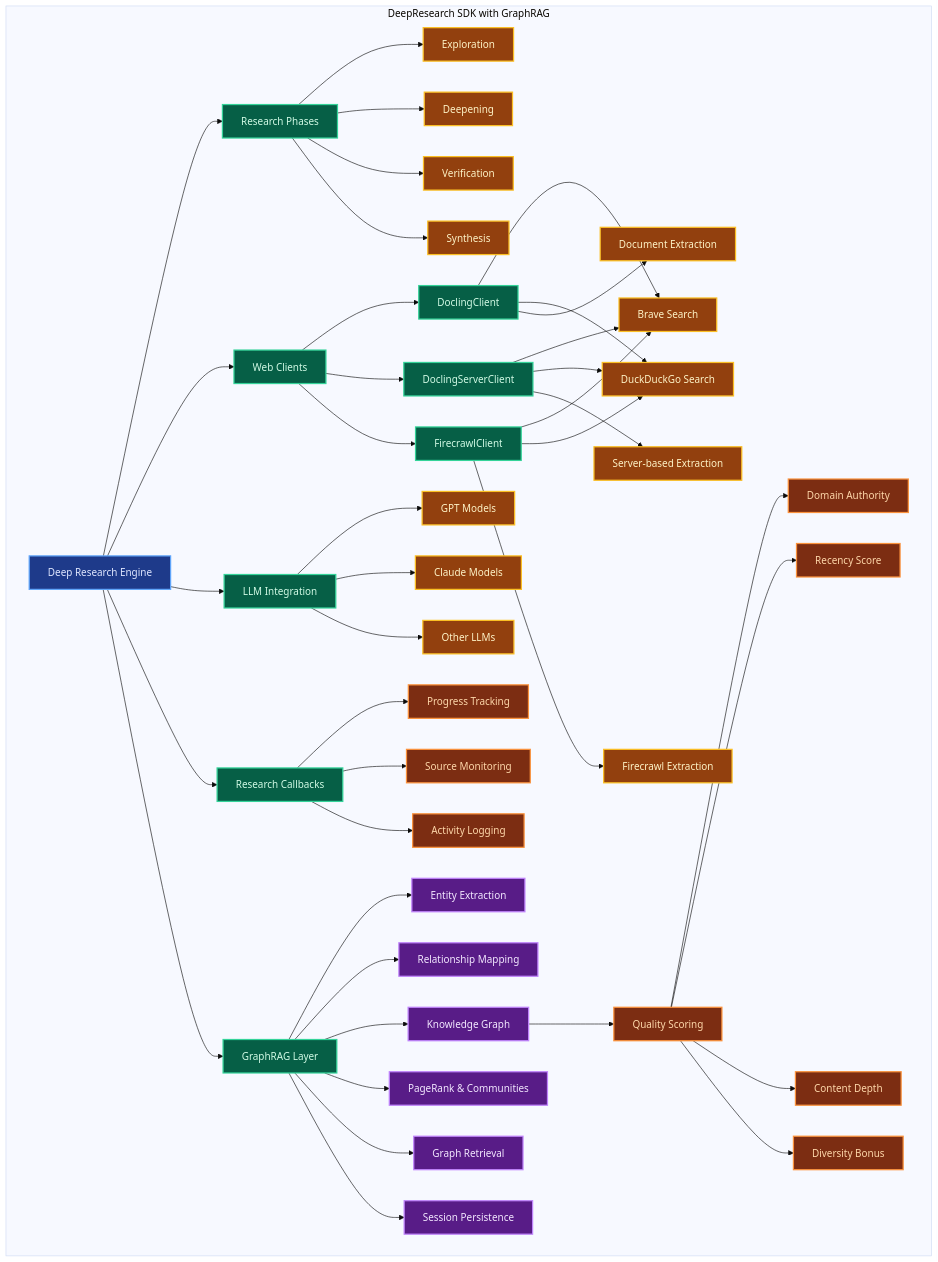
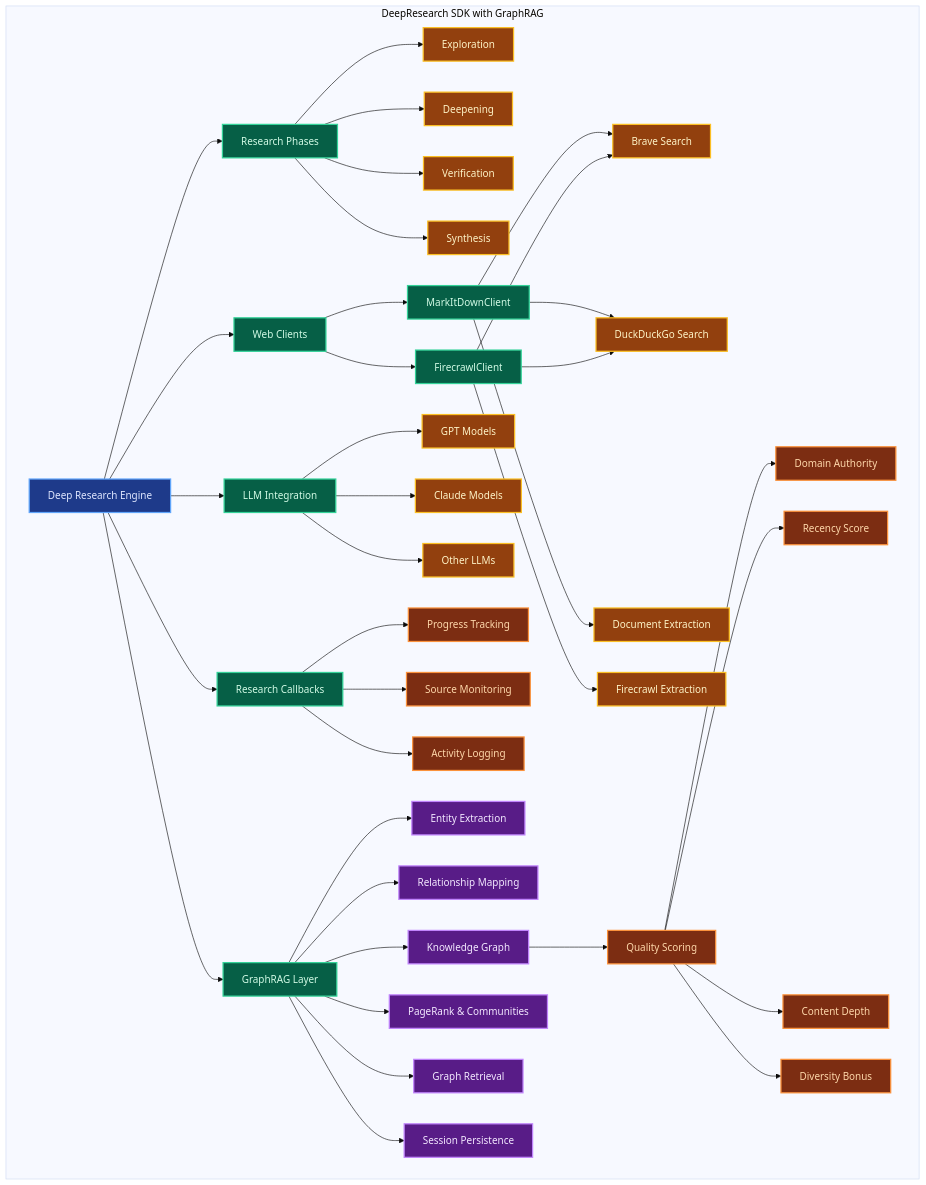
Before and after one commit to Rishang/deep-research: the first of 2 diagrams in README.md, drawn with Mermaid (base theme). The commit also changed other lines of this file and 45 other files, not shown here.

````diff
--- a/README.md
+++ b/README.md
@@ -37,67 +37,62 @@
 ```mermaid
 graph TD
     subgraph "DeepResearch SDK with GraphRAG"
         A[Deep Research Engine] --> RP[Research Phases]
         A --> W[Web Clients]
         A --> C[LLM Integration]
         A --> D[Research Callbacks]
         A --> KG[GraphRAG Layer]
 
         RP --> RP1[Exploration]
         RP --> RP2[Deepening]
         RP --> RP3[Verification]
         RP --> RP4[Synthesis]
 
-        W --> B1[DoclingClient]
-        W --> B2[DoclingServerClient]
-        W --> B3[FirecrawlClient]
+        W --> B1[MarkItDownClient]
+        W --> B2[FirecrawlClient]
 
         B1 --> E[Brave Search]
         B1 --> F[DuckDuckGo Search]
         B1 --> G[Document Extraction]
 
         B2 --> E
         B2 --> F
-        B2 --> G2[Server-based Extraction]
-
-        B3 --> E
-        B3 --> F
-        B3 --> G3[Firecrawl Extraction]
+        B2 --> G2[Firecrawl Extraction]
 
         C --> H[GPT Models]
         C --> I[Claude Models]
         C --> J[Other LLMs]
 
         D --> K[Progress Tracking]
         D --> L[Source Monitoring]
         D --> M[Activity Logging]
 
         KG --> KG1[Entity Extraction]
         KG --> KG2[Relationship Mapping]
         KG --> KG3[Knowledge Graph]
         KG --> KG4[PageRank & Communities]
         KG --> KG5[Graph Retrieval]
         KG --> KG6[Session Persistence]
 
         KG3 --> QS[Quality Scoring]
         QS --> QS1[Domain Authority]
         QS --> QS2[Recency Score]
         QS --> QS3[Content Depth]
         QS --> QS4[Diversity Bonus]
     end
 
     classDef primary fill:#1e3a8a,stroke:#60a5fa,stroke-width:2px,color:#e0e7ff
     classDef secondary fill:#065f46,stroke:#34d399,stroke-width:2px,color:#d1fae5
     classDef tertiary fill:#92400e,stroke:#fbbf24,stroke-width:2px,color:#fef3c7
     classDef quaternary fill:#7c2d12,stroke:#fb923c,stroke-width:2px,color:#fed7aa
     classDef graphrag fill:#581c87,stroke:#c084fc,stroke-width:2px,color:#f3e8ff
 
     class A primary
     class RP,W,C,D,KG secondary
     class RP1,RP2,RP3,RP4 tertiary
-    class B1,B2,B3 secondary
-    class E,F,G,G2,G3,H,I,J tertiary
+    class B1,B2 secondary
+    class E,F,G,G2,H,I,J tertiary
     class K,L,M quaternary
     class KG1,KG2,KG3,KG4,KG5,KG6 graphrag
     class QS,QS1,QS2,QS3,QS4 quaternary
 ```
````
